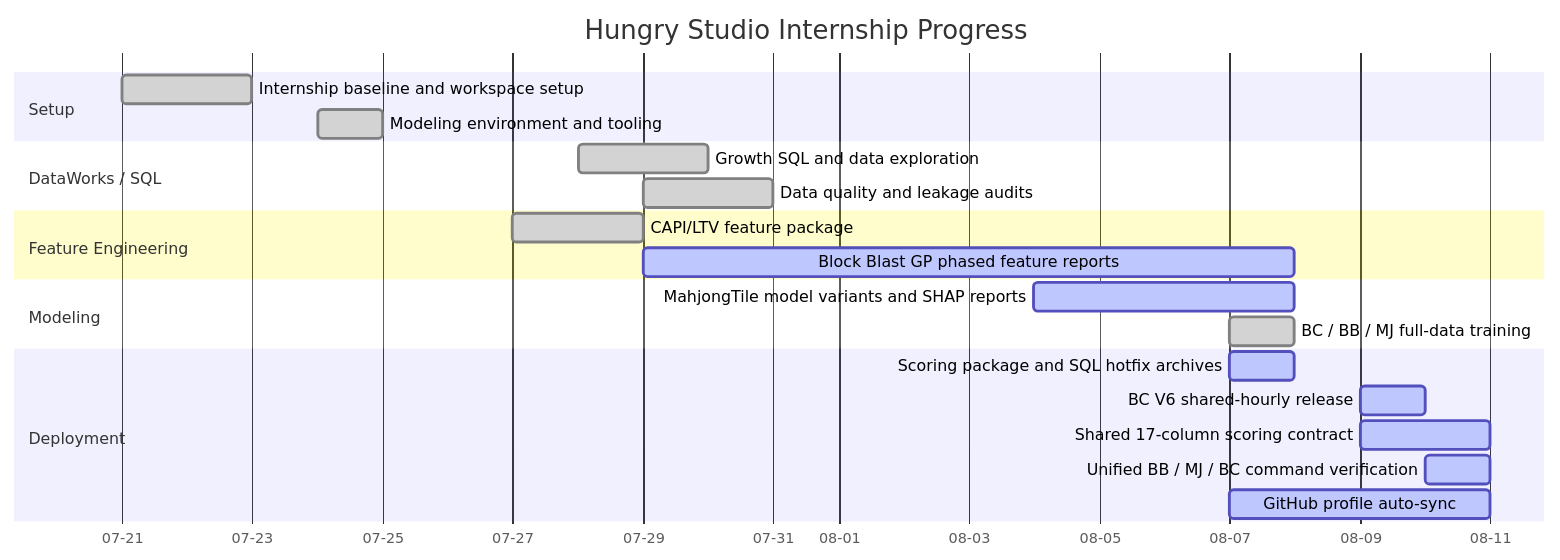
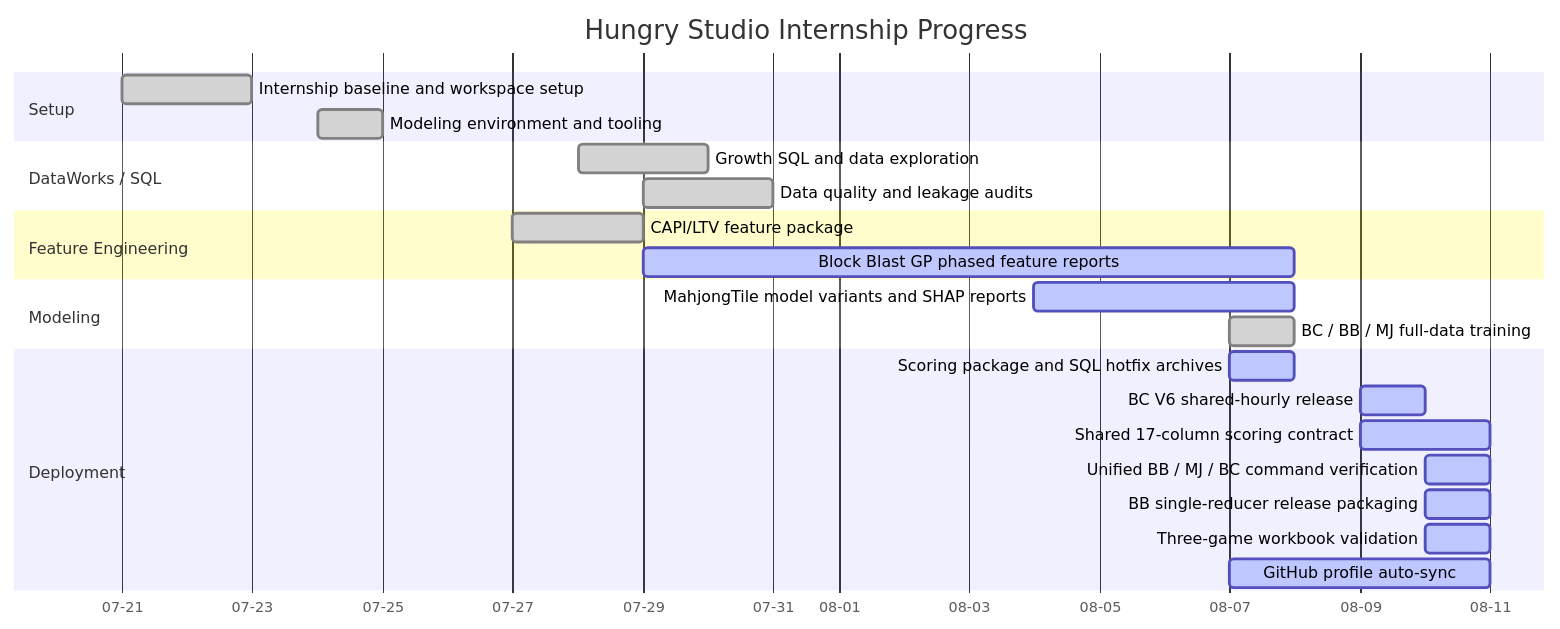
One commit to Wendy-James/Wendy-James changed the first of 8 diagrams in docs/HUNGRY_STUDIO_VISUAL_SUMMARY.md. Above: the diagram before and after it, drawn with Mermaid. The commit also changed other lines of this file, not shown here.

````diff
--- a/docs/HUNGRY_STUDIO_VISUAL_SUMMARY.md
+++ b/docs/HUNGRY_STUDIO_VISUAL_SUMMARY.md
@@ -9,29 +9,31 @@
 ```mermaid
 gantt
     title Hungry Studio Internship Progress
     dateFormat  YYYY-MM-DD
     axisFormat  %m-%d
 
     section Setup
     Internship baseline and workspace setup      :done, 2026-07-21, 2d
     Modeling environment and tooling             :done, 2026-07-24, 1d
 
     section DataWorks / SQL
     Growth SQL and data exploration              :done, 2026-07-28, 2d
     Data quality and leakage audits              :done, 2026-07-29, 2d
 
     section Feature Engineering
     CAPI/LTV feature package                     :done, 2026-07-27, 2d
     Block Blast GP phased feature reports        :active, 2026-07-29, 10d
 
     section Modeling
     MahjongTile model variants and SHAP reports  :active, 2026-08-04, 4d
     BC / BB / MJ full-data training              :done, 2026-08-07, 1d
 
     section Deployment
     Scoring package and SQL hotfix archives      :active, 2026-08-07, 1d
     BC V6 shared-hourly release                  :active, 2026-08-09, 1d
     Shared 17-column scoring contract            :active, 2026-08-09, 2d
     Unified BB / MJ / BC command verification    :active, 2026-08-10, 1d
+    BB single-reducer release packaging          :active, 2026-08-10, 1d
+    Three-game workbook validation               :active, 2026-08-10, 1d
     GitHub profile auto-sync                     :active, 2026-08-07, 4d
 ```
````
